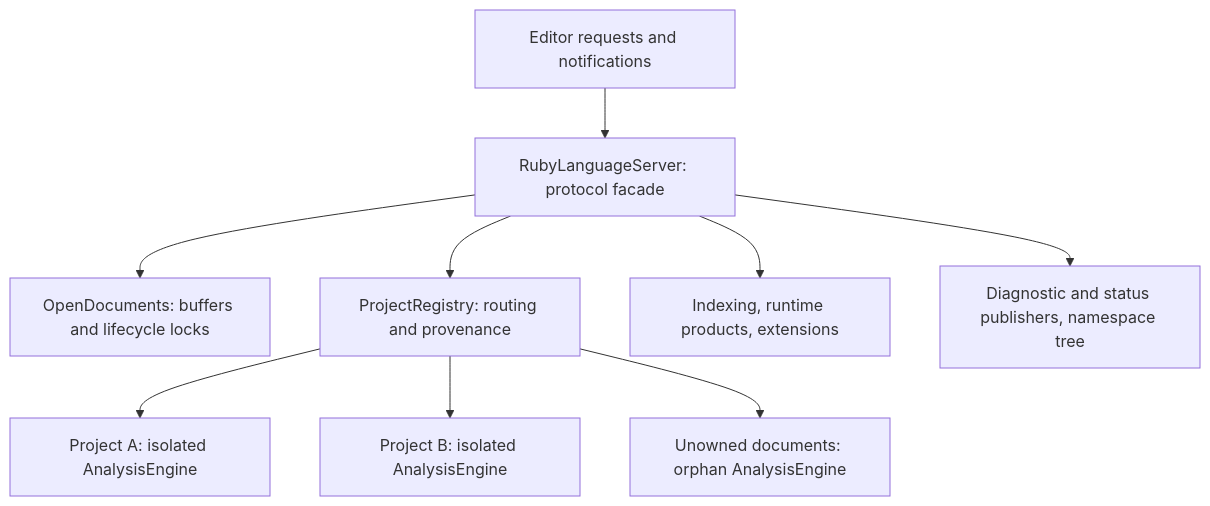
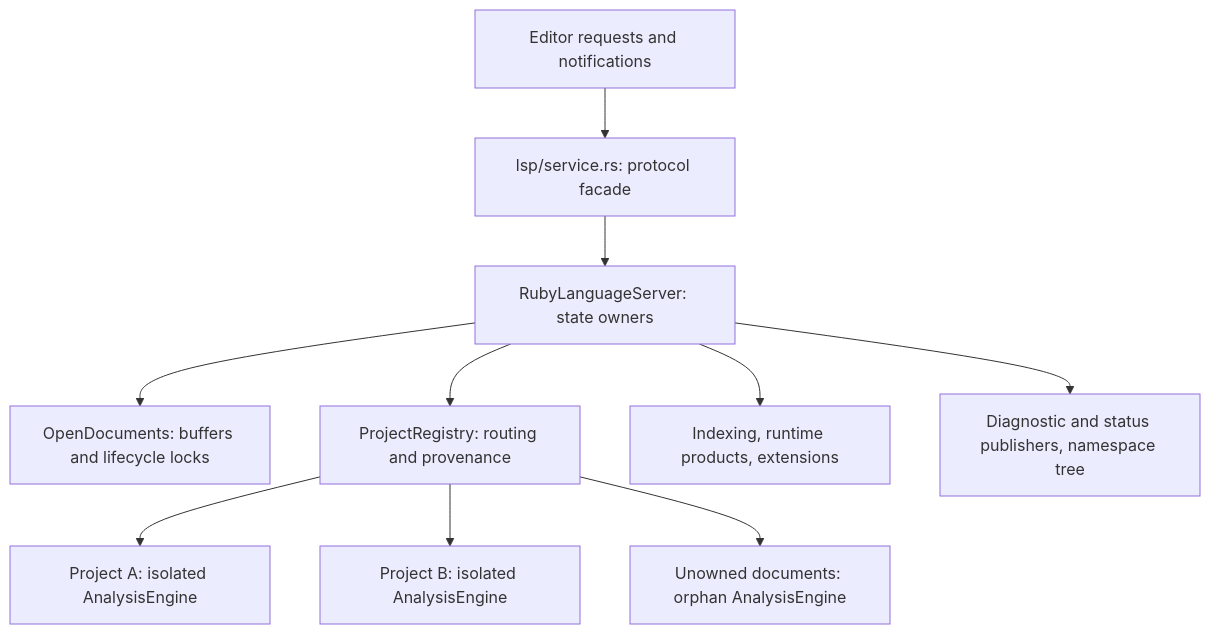
Before and after one commit to rajnaveen344/ruby-fast-lsp: the diagram in docs/development/server-state.md, drawn with Mermaid. The commit also changed other lines of this file and 6 other files, not shown here.

Commit message:
Move the protocol service facade from the server to lsp

````diff
--- a/docs/development/server-state.md
+++ b/docs/development/server-state.md
@@ -56,11 +58,11 @@
 ```mermaid
 flowchart TD
-    LSP[Editor requests and notifications] --> Server[RubyLanguageServer: protocol facade]
+    LSP[Editor requests and notifications] --> Service[lsp/service.rs: protocol facade] --> Server[RubyLanguageServer: state owners]
     Server --> Documents[OpenDocuments: buffers and lifecycle locks]
     Server --> Projects[ProjectRegistry: routing and provenance]
     Projects --> A[Project A: isolated AnalysisEngine]
     Projects --> B[Project B: isolated AnalysisEngine]
     Projects --> Orphan[Unowned documents: orphan AnalysisEngine]
     Server --> Services[Indexing, runtime products, extensions]
     Server --> Output[Diagnostic and status publishers, namespace tree]
 ```
````
